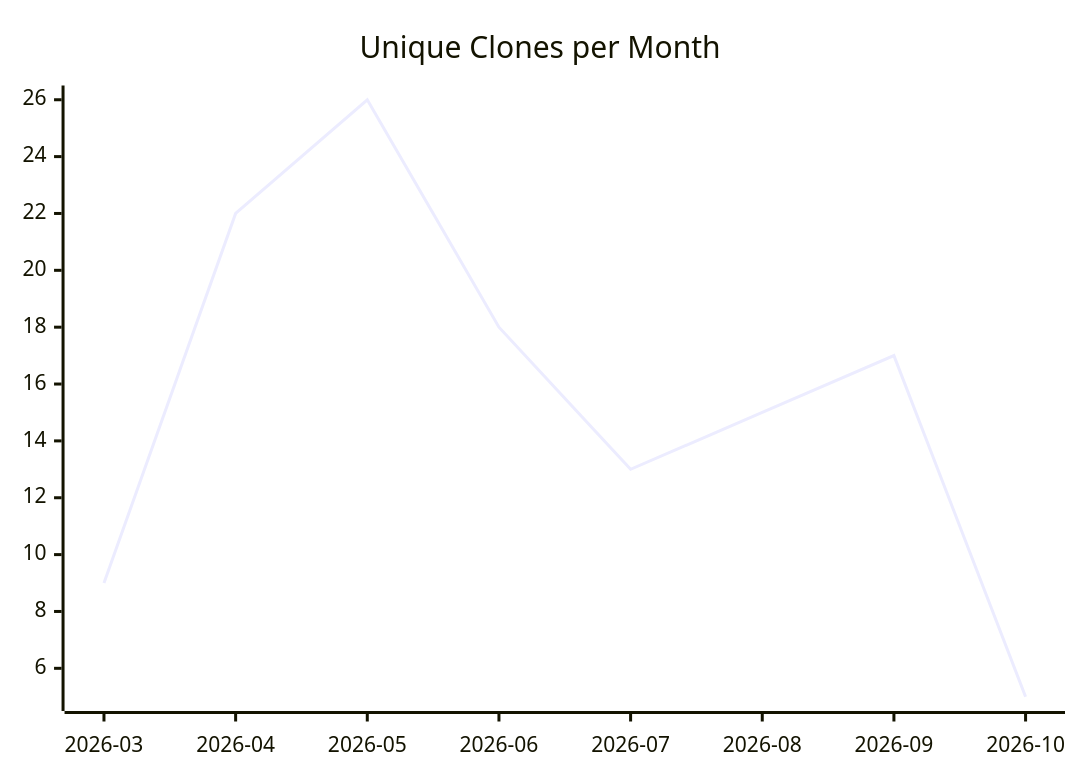
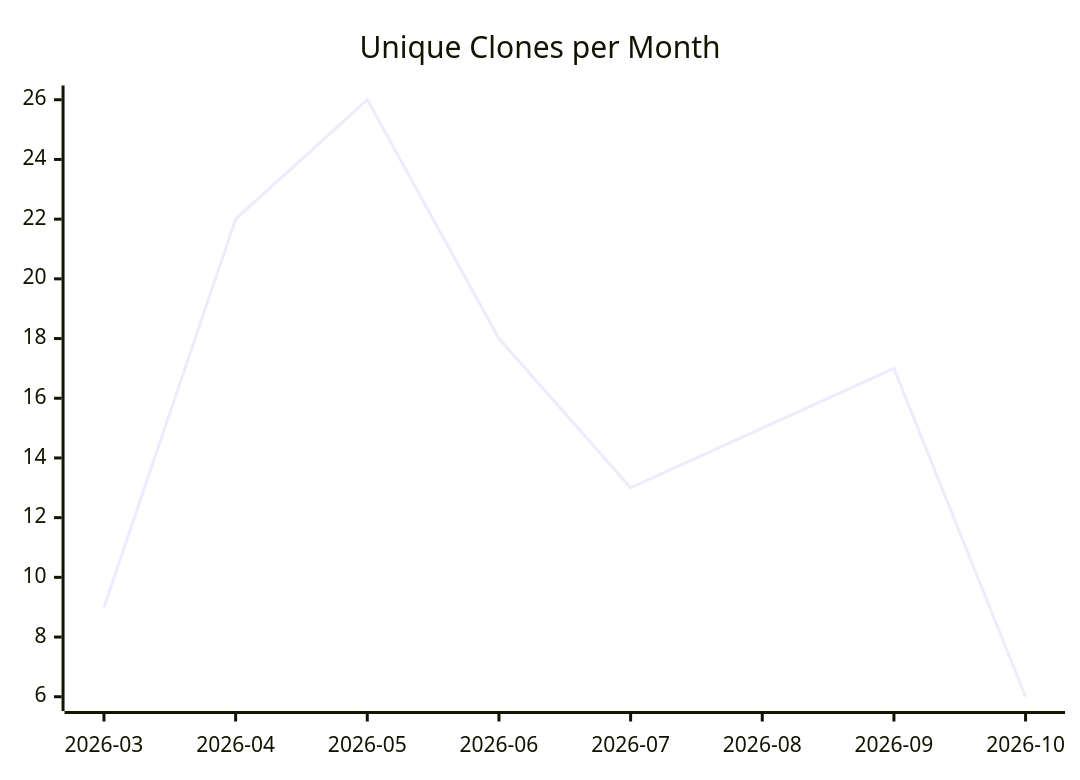
One commit to justdavis-family/github-analytics-data changed the third of 3 diagrams in karlmdavis/lego-ev3dev-rs/README.md. Above: the diagram before and after it, drawn with Mermaid. The commit also changed other lines of this file and 203 other files, not shown here.

````diff
--- a/karlmdavis/lego-ev3dev-rs/README.md
+++ b/karlmdavis/lego-ev3dev-rs/README.md
@@ -19,6 +19,6 @@
 ```mermaid
 xychart-beta
   title "Unique Clones per Month"
   x-axis ["2026-03", "2026-04", "2026-05", "2026-06", "2026-07", "2026-08", "2026-09", "2026-10"]
-  line [9, 22, 26, 18, 13, 15, 17, 5]
+  line [9, 22, 26, 18, 13, 15, 17, 6]
 ```
````
